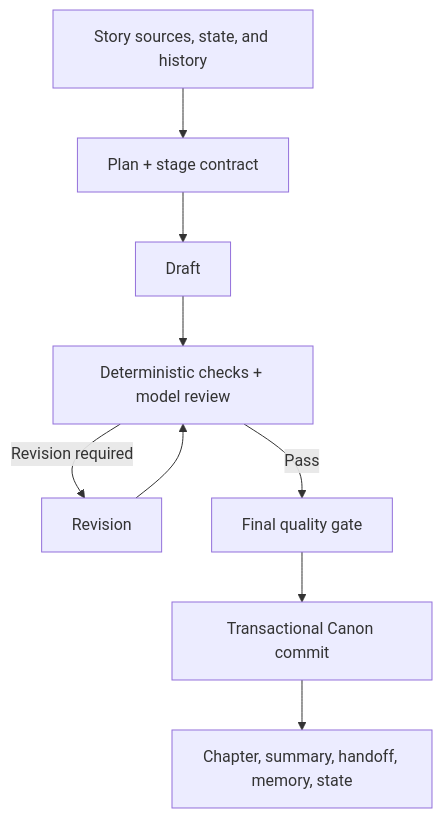
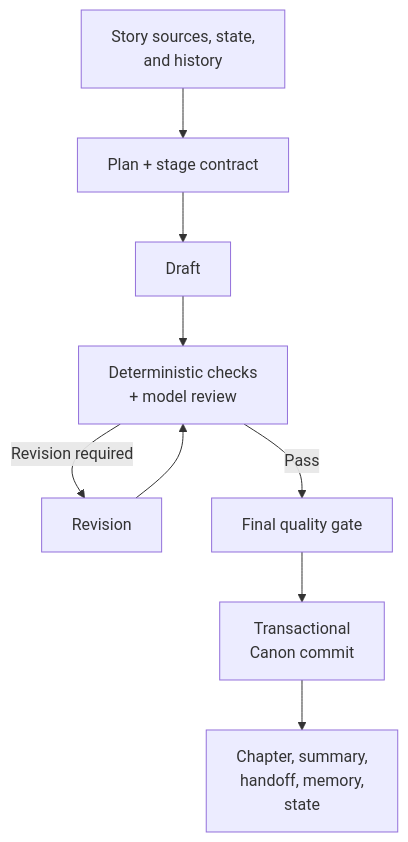
One commit to shjkea/NovelAgent changed the second of 2 diagrams in docs/ARCHITECTURE_EN.md. Above: the diagram before and after it, drawn with Mermaid. The commit also changed other lines of this file and 1 other file, not shown here.

Commit message:
Fix Mermaid labels in architecture docs

````diff
--- a/docs/ARCHITECTURE_EN.md
+++ b/docs/ARCHITECTURE_EN.md
@@ -22,11 +22,11 @@
 ```mermaid
 flowchart TD
-    Input["Story sources, state, and history"] --> Plan["Plan + stage contract"]
+    Input["Story sources, state,<br/>and history"] --> Plan["Plan + stage contract"]
     Plan --> Draft["Draft"]
-    Draft --> Check["Deterministic checks + model review"]
+    Draft --> Check["Deterministic checks<br/>+ model review"]
     Check -->|"Revision required"| Revise["Revision"]
     Revise --> Check
     Check -->|"Pass"| Gate["Final quality gate"]
-    Gate --> Commit["Transactional Canon commit"]
-    Commit --> Output["Chapter, summary, handoff, memory, state"]
+    Gate --> Commit["Transactional<br/>Canon commit"]
+    Commit --> Output["Chapter, summary,<br/>handoff, memory,<br/>state"]
 ```
````
